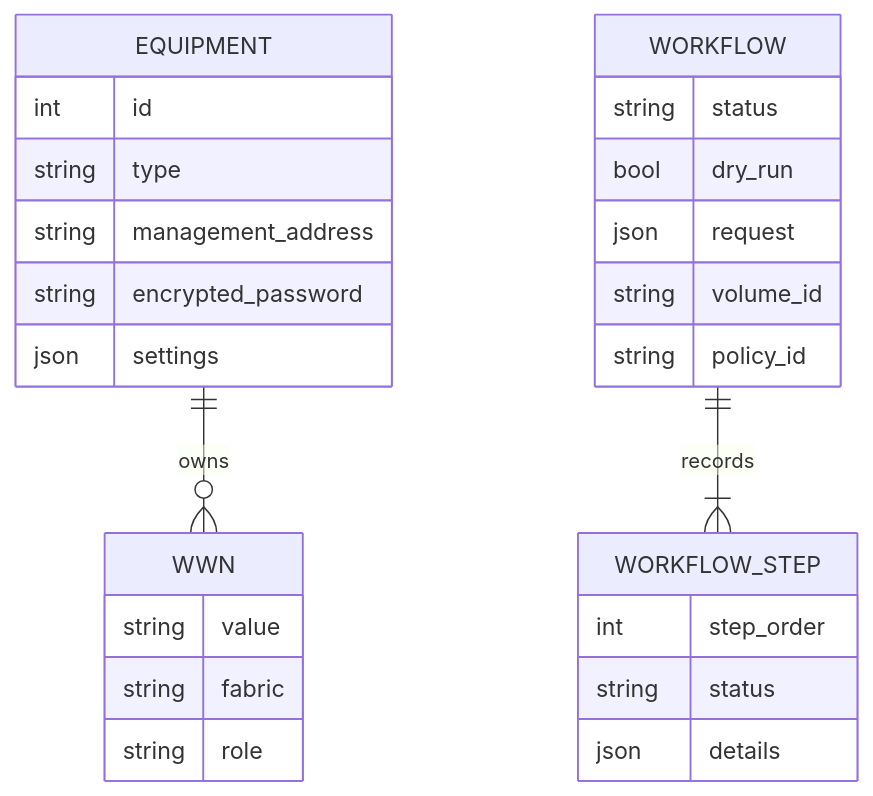
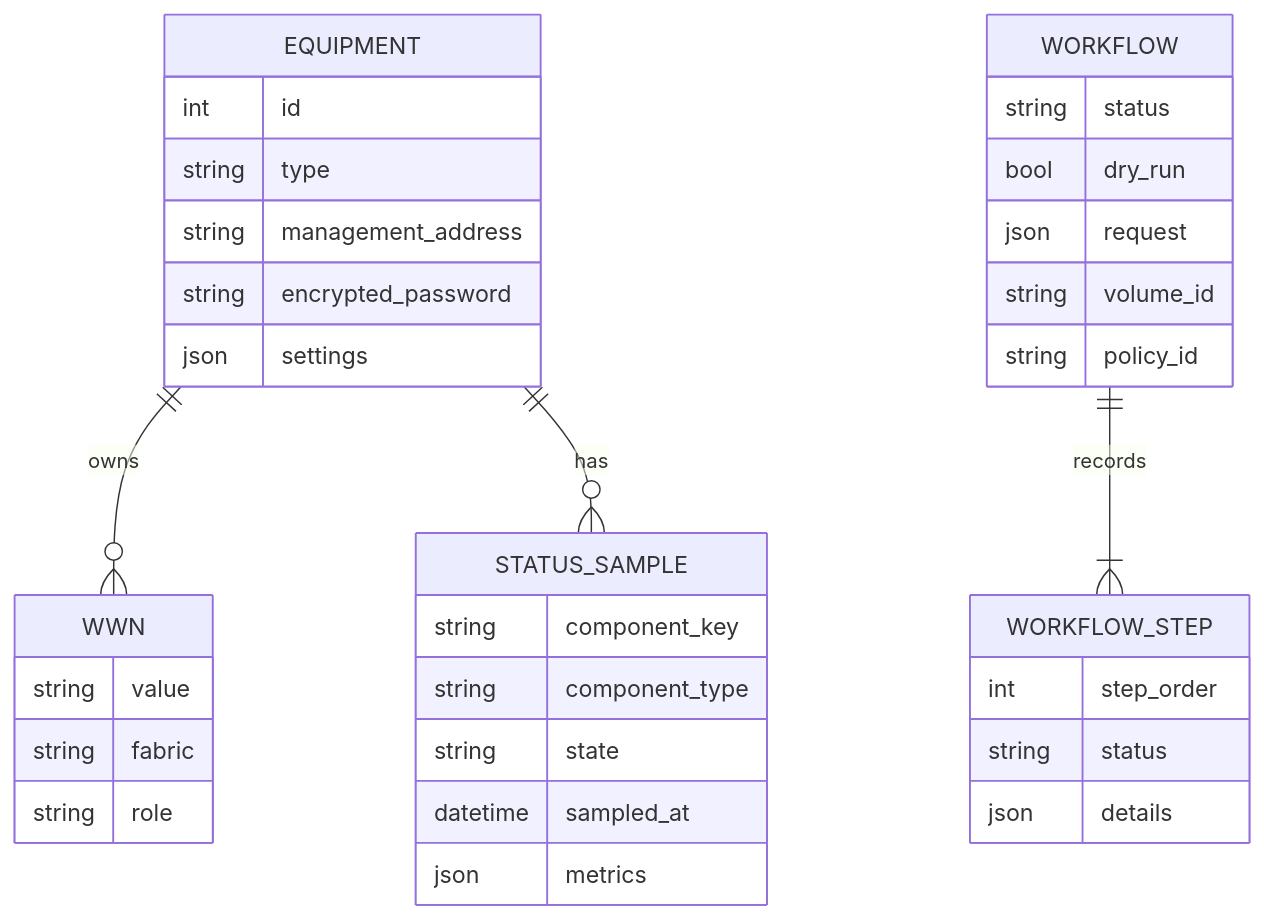
Before and after one commit to AlessandroDaudt/Dell-PPDM-PowerStore: the diagram in docs/ARCHITECTURE.md, drawn with Mermaid. The commit also changed other lines of this file and 25 other files, not shown here.

````diff
--- a/docs/ARCHITECTURE.md
+++ b/docs/ARCHITECTURE.md
@@ -20,29 +21,37 @@
 ```mermaid
 erDiagram
     EQUIPMENT ||--o{ WWN : owns
     WORKFLOW ||--|{ WORKFLOW_STEP : records
     EQUIPMENT {
       int id
       string type
       string management_address
       string encrypted_password
       json settings
     }
     WWN {
       string value
       string fabric
       string role
     }
     WORKFLOW {
       string status
       bool dry_run
       json request
       string volume_id
       string policy_id
     }
     WORKFLOW_STEP {
       int step_order
       string status
       json details
     }
+    EQUIPMENT ||--o{ STATUS_SAMPLE : has
+    STATUS_SAMPLE {
+      string component_key
+      string component_type
+      string state
+      datetime sampled_at
+      json metrics
+    }
 ```
````
